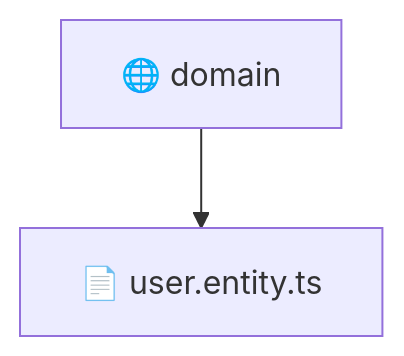
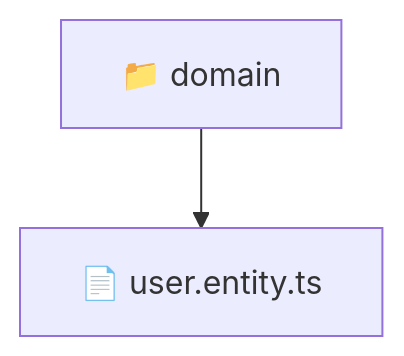
One commit to beginwebdev2002/fullstack-mavluda changed the diagram in backend/src/modules/user/domain/README.md. Above: the diagram before and after it, drawn with Mermaid. The commit also changed other lines of this file and 159 other files, not shown here.

````diff
--- a/backend/src/modules/user/domain/README.md
+++ b/backend/src/modules/user/domain/README.md
@@ -11,5 +9,5 @@
 ```mermaid
 graph TD
-  domain["🌐 domain"]
-  domain --> domain_user_entity_ts["📄 user.entity.ts"]
+  Root["📁 domain"]
+  Root --> user_entity_ts["📄 user.entity.ts"]
 ```
````
